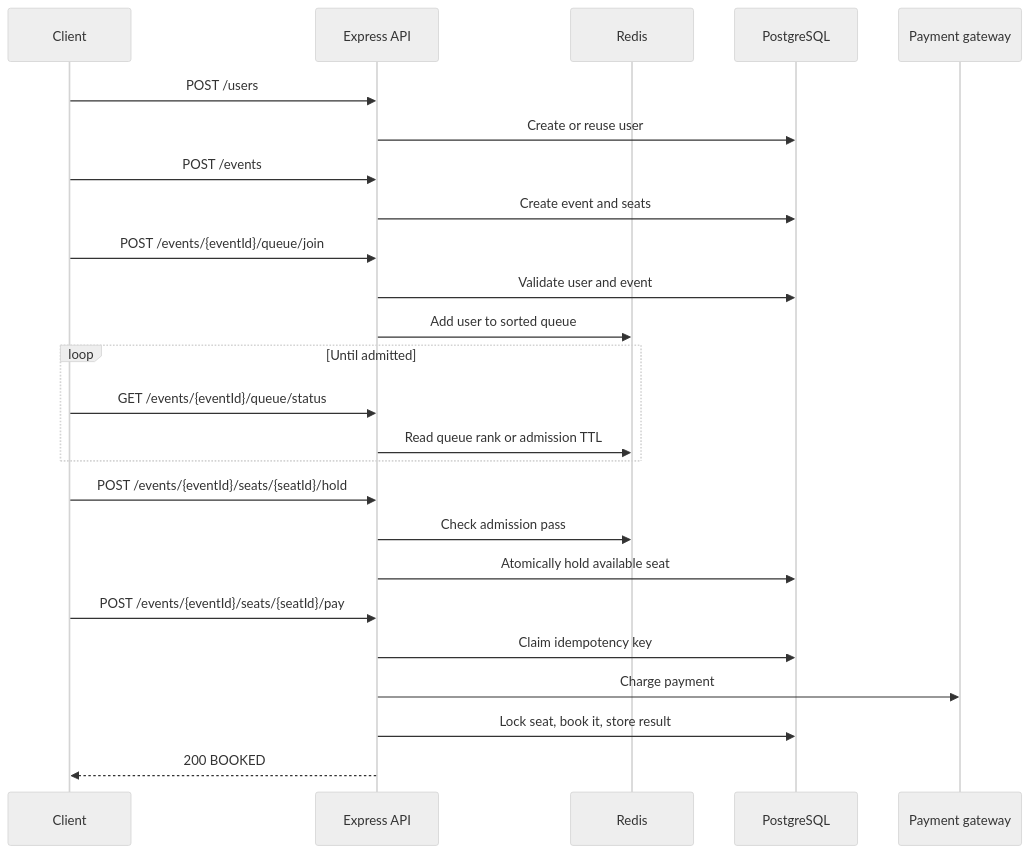
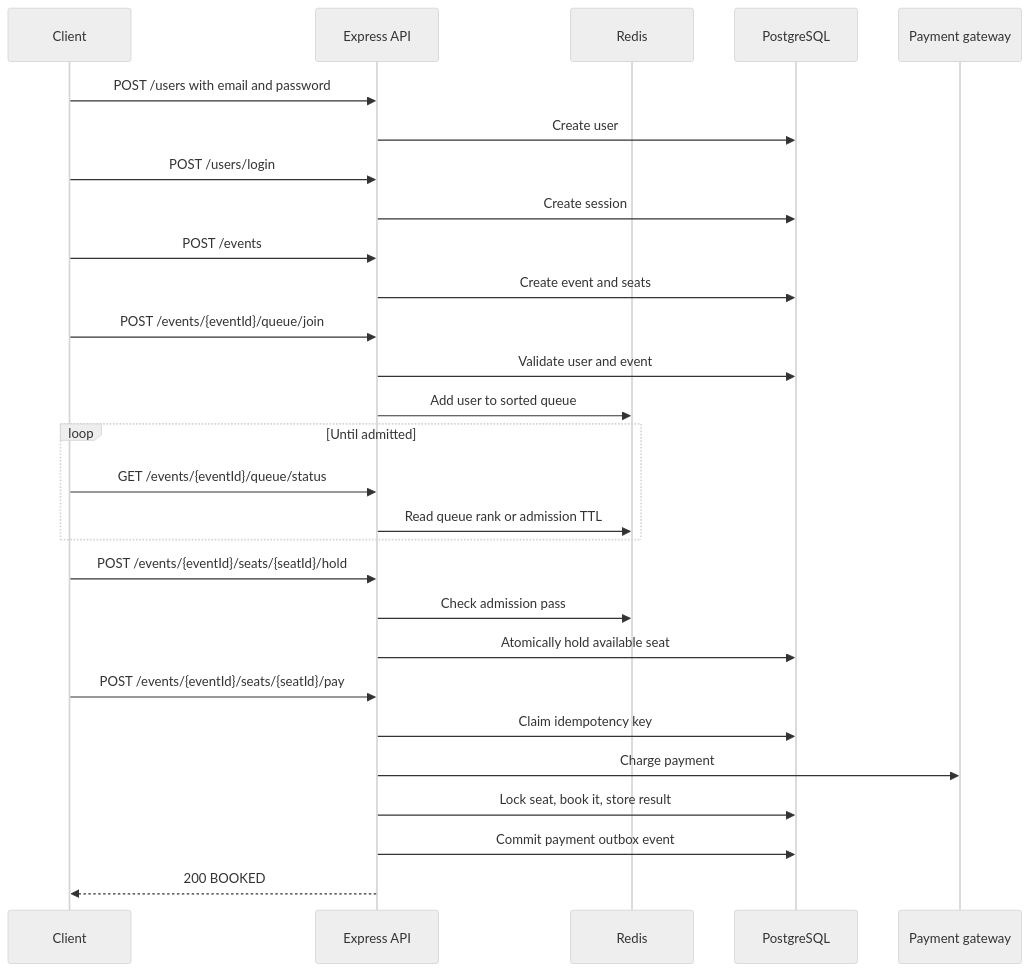
The second of 2 diagrams in README.md (akshitbhardwajhere/ticketrush), drawn with Mermaid (neutral theme) before and after one commit. The commit also changed other lines of this file, not shown here.

Commit message:
docs: document production-like architecture

````diff
--- a/README.md
+++ b/README.md
@@ -68,28 +71,31 @@
 ```mermaid
 sequenceDiagram
   participant C as Client
   participant A as Express API
   participant R as Redis
   participant D as PostgreSQL
   participant G as Payment gateway
 
-  C->>A: POST /users
-  A->>D: Create or reuse user
+  C->>A: POST /users with email and password
+  A->>D: Create user
+  C->>A: POST /users/login
+  A->>D: Create session
   C->>A: POST /events
   A->>D: Create event and seats
   C->>A: POST /events/{eventId}/queue/join
   A->>D: Validate user and event
   A->>R: Add user to sorted queue
   loop Until admitted
     C->>A: GET /events/{eventId}/queue/status
     A->>R: Read queue rank or admission TTL
   end
   C->>A: POST /events/{eventId}/seats/{seatId}/hold
   A->>R: Check admission pass
   A->>D: Atomically hold available seat
   C->>A: POST /events/{eventId}/seats/{seatId}/pay
   A->>D: Claim idempotency key
   A->>G: Charge payment
   A->>D: Lock seat, book it, store result
+  A->>D: Commit payment outbox event
   A-->>C: 200 BOOKED
 ```
````
